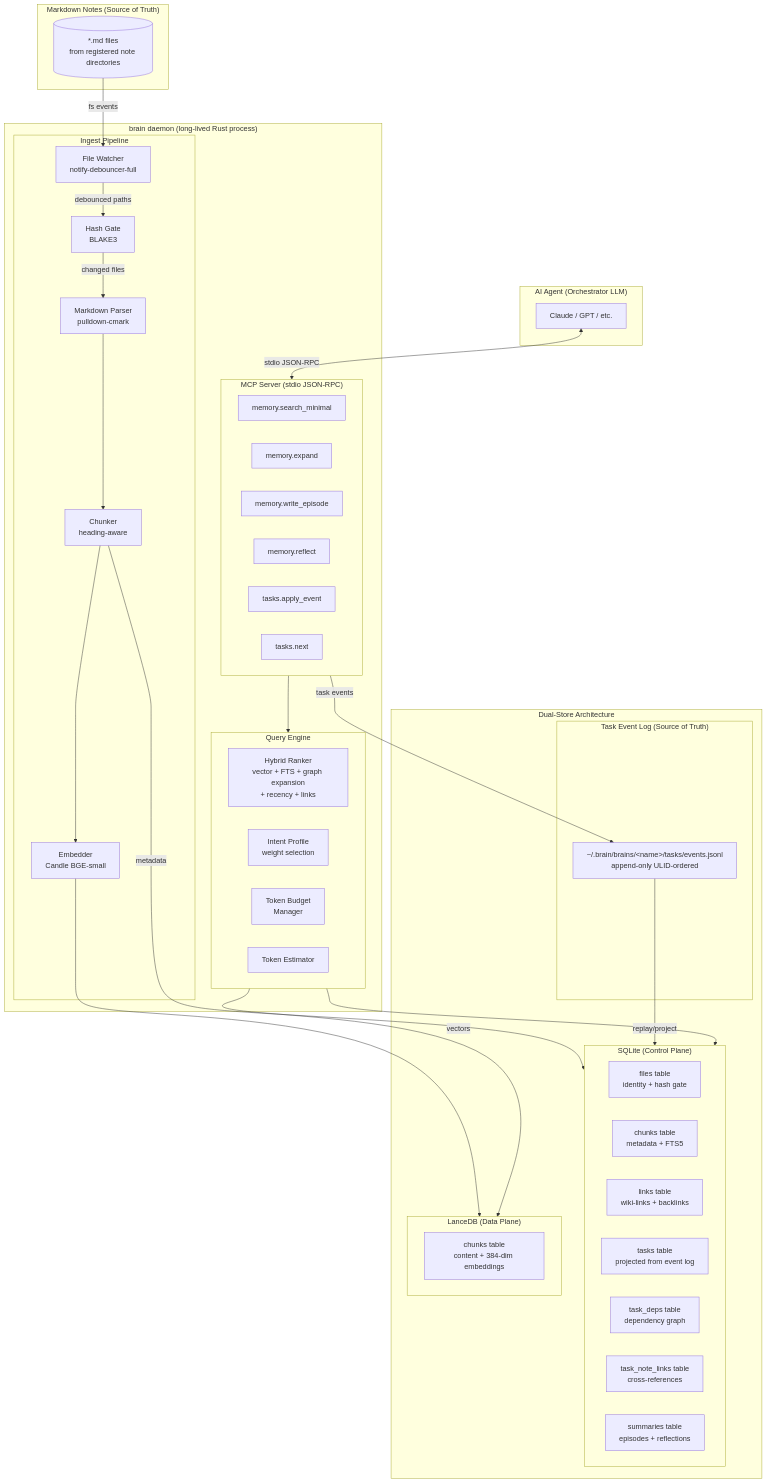
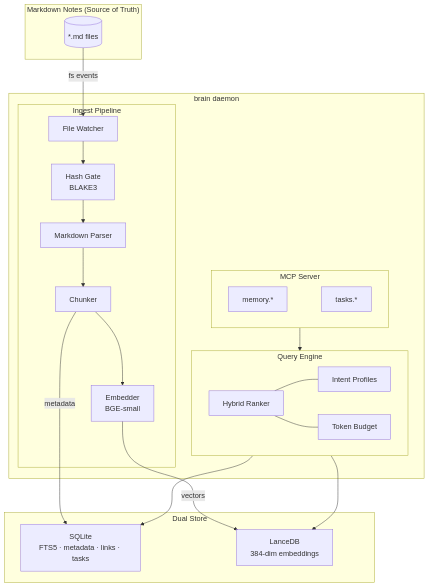
One commit to benediktms/brain changed the first of 2 diagrams in README.md. Above: the diagram before and after it, drawn with Mermaid. The commit also changed other lines of this file, not shown here.

````diff
--- a/README.md
+++ b/README.md
@@ -249,71 +102,34 @@
 ```mermaid
 graph TB
     subgraph Notes["Markdown Notes (Source of Truth)"]
-        MD[("*.md files<br/>from registered note directories")]
+        MD[("*.md files")]
     end
 
-    subgraph Daemon["brain daemon (long-lived Rust process)"]
+    subgraph Daemon["brain daemon"]
         subgraph Ingest["Ingest Pipeline"]
-            FW[File Watcher<br/>notify-debouncer-full]
-            HG[Hash Gate<br/>BLAKE3]
-            MP[Markdown Parser<br/>pulldown-cmark]
-            CH[Chunker<br/>heading-aware]
-            EM[Embedder<br/>Candle BGE-small]
+            FW[File Watcher] --> HG[Hash Gate<br/>BLAKE3]
+            HG --> MP[Markdown Parser] --> CH[Chunker] --> EM[Embedder<br/>BGE-small]
         end
 
         subgraph Query["Query Engine"]
-            HR[Hybrid Ranker<br/>vector + FTS + graph expansion<br/>+ recency + links]
-            IP[Intent Profile<br/>weight selection]
-            TB[Token Budget<br/>Manager]
-            TE[Token Estimator]
+            HR[Hybrid Ranker] --- IP[Intent Profiles]
+            HR --- TB[Token Budget]
         end
 
-        subgraph Server["MCP Server (stdio JSON-RPC)"]
-            SM["memory.search_minimal"]
-            EX["memory.expand"]
-            WE["memory.write_episode"]
-            RF["memory.reflect"]
-            TA["tasks.apply_event"]
-            TN["tasks.next"]
+        subgraph Server["MCP Server"]
+            SM["memory.*"] ~~~ TA["tasks.*"]
         end
     end
 
-    subgraph Storage["Dual-Store Architecture"]
-        subgraph SQLite["SQLite (Control Plane)"]
-            FT[files table<br/>identity + hash gate]
-            CT[chunks table<br/>metadata + FTS5]
-            LT[links table<br/>wiki-links + backlinks]
-            TT[tasks table<br/>projected from event log]
-            TD[task_deps table<br/>dependency graph]
-            TL[task_note_links table<br/>cross-references]
-            ST[summaries table<br/>episodes + reflections]
-        end
-
-        subgraph LanceDB["LanceDB (Data Plane)"]
-            VT[chunks table<br/>content + 384-dim embeddings]
-        end
-
-        subgraph TaskLog["Task Event Log (Source of Truth)"]
-            EL["~/.brain/brains/&lt;name&gt;/tasks/events.jsonl<br/>append-only ULID-ordered"]
-        end
-    end
-
-    subgraph Agent["AI Agent (Orchestrator LLM)"]
-        LLM["Claude / GPT / etc."]
+    subgraph Storage["Dual Store"]
+        SQLite["SQLite<br/>FTS5 · metadata · links · tasks"]
+        LanceDB["LanceDB<br/>384-dim embeddings"]
     end
 
     MD -->|fs events| FW
-    FW -->|debounced paths| HG
-    HG -->|changed files| MP
-    MP --> CH
-    CH --> EM
     CH -->|metadata| SQLite
     EM -->|vectors| LanceDB
-
-    LLM <-->|stdio JSON-RPC| Server
     Server --> Query
-    Server -->|task events| EL
-    EL -->|replay/project| SQLite
     Query --> SQLite
     Query --> LanceDB
 ```
````
